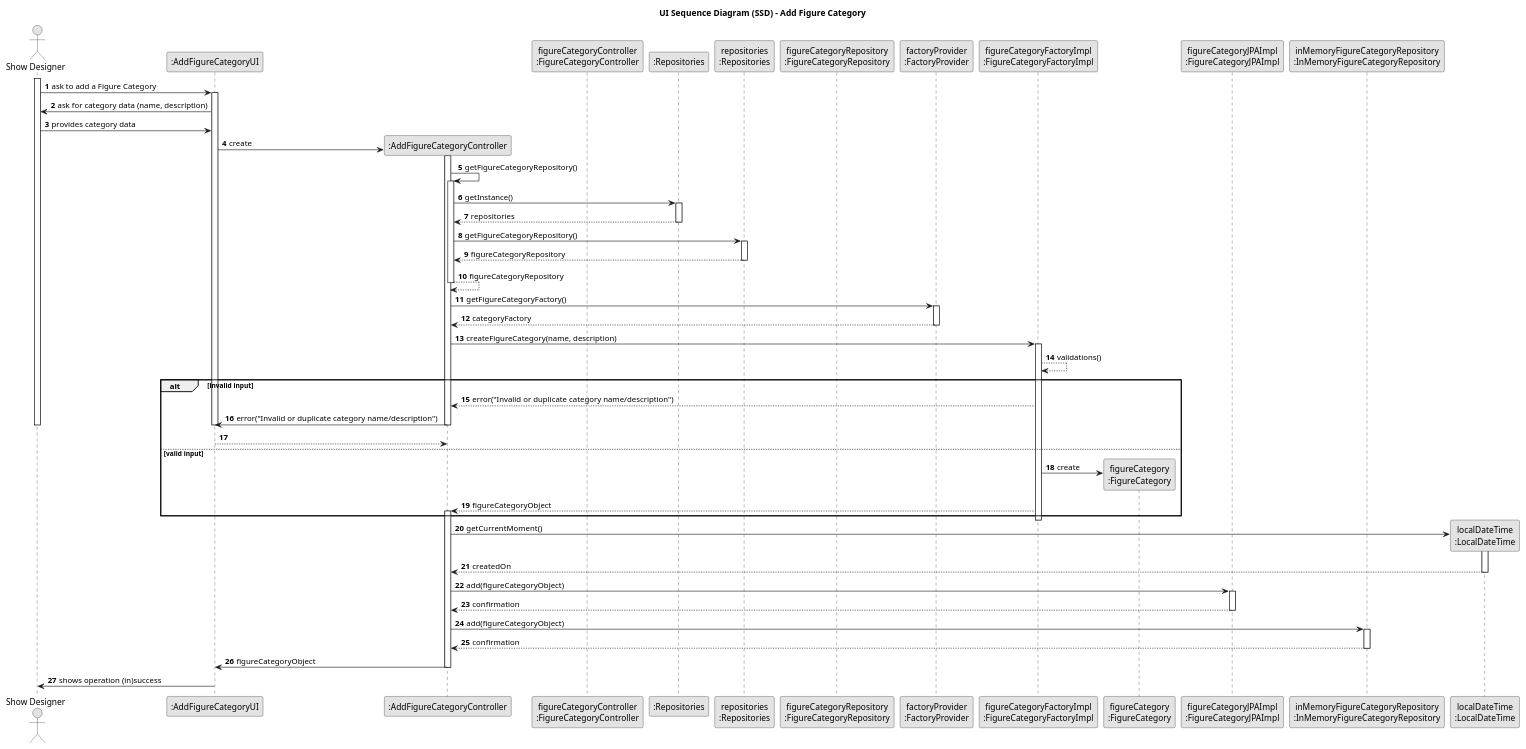
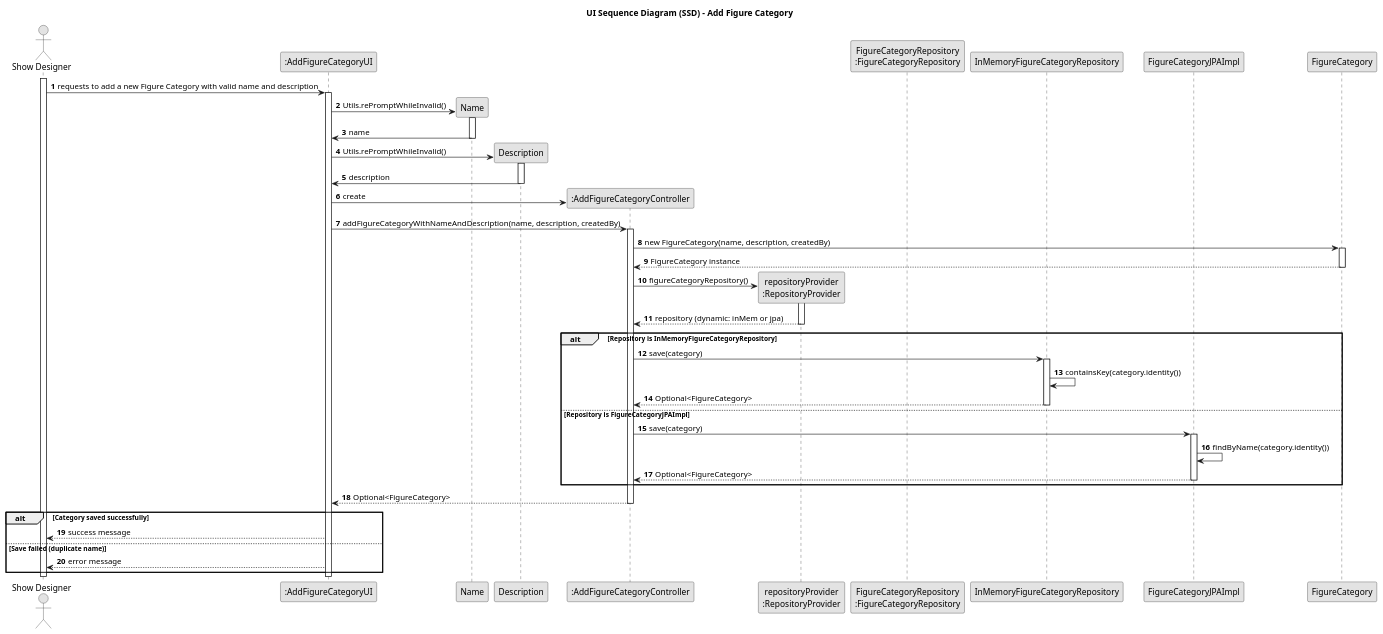
Before and after one commit to SAEmanuel/Shodrone_ISEP: the diagram in docs/planning/sprint2/EAPLI/US245 - Add figure category/03.design/puml/us245-sequence-diagram-full.puml, drawn with PlantUML. The commit also changed 4 other files, not shown here.

```diff
--- a/docs/planning/sprint2/EAPLI/US245 - Add figure category/03.design/puml/us245-sequence-diagram-full.puml
+++ b/docs/planning/sprint2/EAPLI/US245 - Add figure category/03.design/puml/us245-sequence-diagram-full.puml
@@ -1,108 +1,76 @@
 @startuml
 skinparam monochrome true
 skinparam packageStyle rectangle
 skinparam shadowing false
 
 title UI Sequence Diagram (SSD) - Add Figure Category
 
 autonumber
 
-actor "Show Designer" as showDesigner
+actor "Show Designer" as SD
 participant ":AddFigureCategoryUI" as UI
+participant "Name" as name
+participant "Description" as desc
 participant ":AddFigureCategoryController" as CTRL
-participant "figureCategoryController\n:FigureCategoryController" as catCtrl
-participant ":Repositories" as RepositorySingleton
-participant "repositories\n:Repositories" as PLAT
-participant "figureCategoryRepository\n:FigureCategoryRepository" as catRepo
+participant "repositoryProvider\n:RepositoryProvider" as provider
+participant "FigureCategoryRepository\n:FigureCategoryRepository" as interface
+participant "InMemoryFigureCategoryRepository" as inMem
+participant "FigureCategoryJPAImpl" as jpa
+participant "FigureCategory" as category
 
-participant "factoryProvider\n:FactoryProvider" as factProv
-participant "figureCategoryFactoryImpl\n:FigureCategoryFactoryImpl" as catFactImpl
-participant "figureCategory\n:FigureCategory" as figureCategory
-participant "figureCategoryJPAImpl\n:FigureCategoryJPAImpl" as catJPA
-participant "inMemoryFigureCategoryRepository\n:InMemoryFigureCategoryRepository" as catMem
+activate SD
 
-participant "localDateTime\n:LocalDateTime" as localTime
+SD -> UI : requests to add a new Figure Category with valid name and description
+activate UI
 
-activate showDesigner
+UI -> name**: Utils.rePromptWhileInvalid()
+activate name
+name -> UI: name
+deactivate name
 
-    showDesigner -> UI : ask to add a Figure Category
-    activate UI
+UI -> desc**: Utils.rePromptWhileInvalid()
+activate desc
+desc -> UI: description
+deactivate desc
 
-    UI -> showDesigner : ask for category data (name, description)
-    showDesigner -> UI : provides category data
+UI -> CTRL **: create
+UI -> CTRL : addFigureCategoryWithNameAndDescription(name, description, createdBy)
+activate CTRL
 
-    UI -> CTRL** : create
+CTRL -> category : new FigureCategory(name, description, createdBy)
+activate category
+category --> CTRL : FigureCategory instance
+deactivate category
 
-    activate CTRL
+CTRL -> provider ** : figureCategoryRepository()
+activate provider
+provider --> CTRL : repository (dynamic: inMem or jpa)
+deactivate provider
 
-        CTRL -> CTRL : getFigureCategoryRepository()
-        activate CTRL
+alt Repository is InMemoryFigureCategoryRepository
+    CTRL -> inMem: save(category)
+    activate inMem
+    inMem -> inMem: containsKey(category.identity())
+    inMem --> CTRL: Optional<FigureCategory>
+    deactivate inMem
 
-            CTRL -> RepositorySingleton : getInstance()
-            activate RepositorySingleton
+else Repository is FigureCategoryJPAImpl
+    CTRL -> jpa: save(category)
+    activate jpa
+    jpa -> jpa: findByName(category.identity())
+    jpa --> CTRL: Optional<FigureCategory>
+    deactivate jpa
+end
 
-                RepositorySingleton --> CTRL: repositories
-            deactivate RepositorySingleton
+CTRL --> UI: Optional<FigureCategory>
+deactivate CTRL
 
-            CTRL -> PLAT : getFigureCategoryRepository()
-            activate PLAT
-
-                PLAT --> CTRL: figureCategoryRepository
-            deactivate PLAT
-            CTRL --> CTRL : figureCategoryRepository
-
-        deactivate CTRL
-
-        CTRL -> factProv : getFigureCategoryFactory()
-        activate factProv
-
-            factProv --> CTRL : categoryFactory
-        deactivate factProv
-
-        CTRL -> catFactImpl : createFigureCategory(name, description)
-        activate catFactImpl
-            catFactImpl --> catFactImpl : validations()
-            alt invalid input
-                catFactImpl --> CTRL : error("Invalid or duplicate category name/description")
-                CTRL -> UI : error("Invalid or duplicate category name/description")
-                deactivate CTRL
-                deactivate UI
-                deactivate showDesigner
-                return
-            else valid input
-                catFactImpl -> figureCategory**: create
-
-                catFactImpl --> CTRL : figureCategoryObject
-                activate CTRL
-
-            end
-        deactivate catFactImpl
-
-        CTRL -> localTime** : getCurrentMoment()
-        activate localTime
-
-            localTime --> CTRL : createdOn
-        deactivate localTime
-
-        CTRL -> catJPA : add(figureCategoryObject)
-        deactivate catFactImpl
-        activate catJPA
-
-            catJPA --> CTRL : confirmation
-        deactivate catJPA
-
-        CTRL -> catMem : add(figureCategoryObject)
-        activate catMem
-
-            catMem --> CTRL : confirmation
-        deactivate catMem
-
-        CTRL -> UI : figureCategoryObject
-    deactivate CTRL
-
-    UI -> showDesigner : shows operation (in)success
+alt Category saved successfully
+    UI --> SD: success message
+else Save failed (duplicate name)
+    UI --> SD: error message
+end
 
 deactivate UI
-deactivate showDesigner
-
+deactivate SD
 @enduml
```
